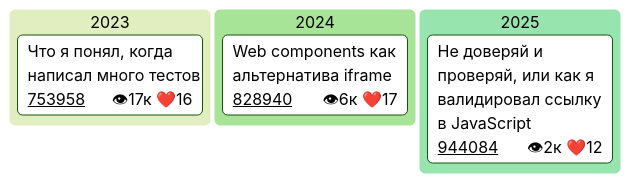
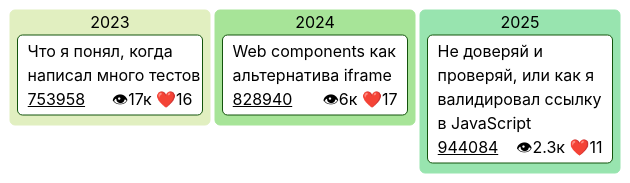
The fourth of 4 diagrams in README.md (Goodzonchik/Goodzonchik), drawn with Mermaid (forest theme) before and after one commit. The commit also changed other lines of this file, not shown here.

````diff
--- a/README.md
+++ b/README.md
@@ -49,24 +50,24 @@
 ```mermaid
 ---
 config:
   kanban:
     ticketBaseUrl: 'https://habr.com/ru/companies/tbank/articles/#TICKET#'
 
 ---
 kanban
   2023
     card1["Что я понял, когда написал много тестов"]@{
       ticket: 753958
       assigned: 👁17к ❤️16
     }
   2024
     card2["Web components как альтернатива iframe"]@{
       ticket: 828940
       assigned: 👁6к ❤️17
     }
   2025
     card3["Не доверяй и проверяй, или как я валидировал ссылку в JavaScript"]@{
       ticket: 944084
-      assigned: 👁2к ❤️12
+      assigned: 👁2.3к ❤️11
     }
 ```
````
